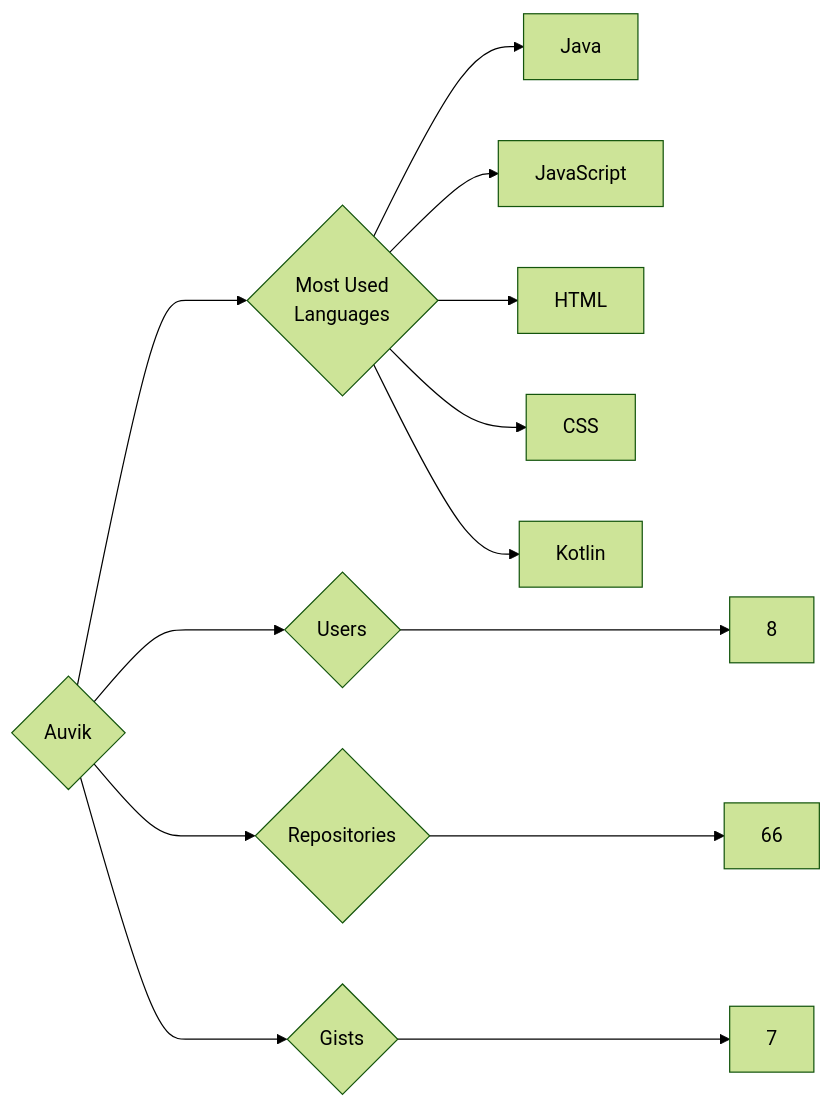
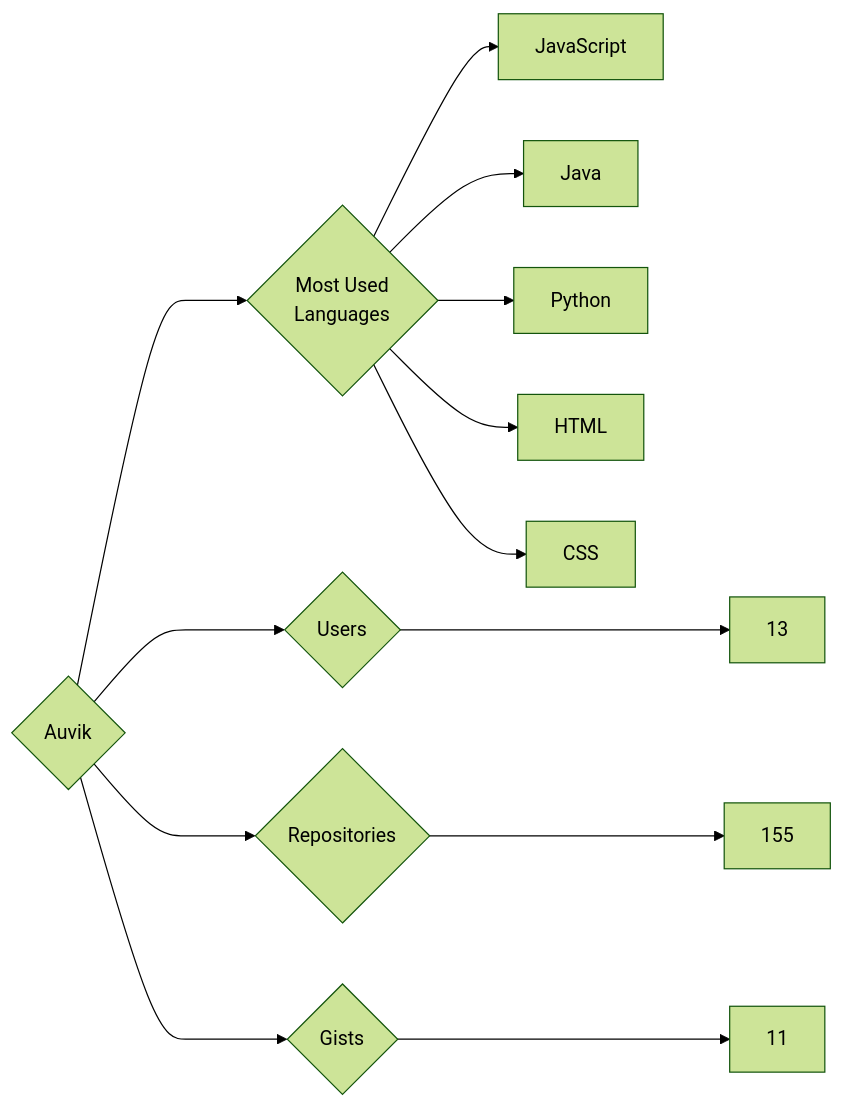
The diagram in targets/Auvik/README.md (trickest/insiders), drawn with Mermaid (forest theme) before and after one commit. The commit also changed 639 other files, not shown here.

````diff
--- a/targets/Auvik/README.md
+++ b/targets/Auvik/README.md
@@ -3,13 +3,13 @@
 ```mermaid
 graph LR
 COMPANY_NAME{Auvik}
-COMPANY_NAME ---> U{Users} ---> UN[8]
-COMPANY_NAME ---> R{Repositories} ---> RN[66]
-COMPANY_NAME ---> G{Gists} ---> GN[7]
+COMPANY_NAME ---> U{Users} ---> UN[13]
+COMPANY_NAME ---> R{Repositories} ---> RN[155]
+COMPANY_NAME ---> G{Gists} ---> GN[11]
 COMPANY_NAME ---> ML{Most Used<br>Languages}
+ML --> JavaScript[JavaScript]
 ML --> Java[Java]
-ML --> JavaScript[JavaScript]
+ML --> Python[Python]
 ML --> HTML[HTML]
 ML --> CSS[CSS]
-ML --> Kotlin[Kotlin]
 ```
````
